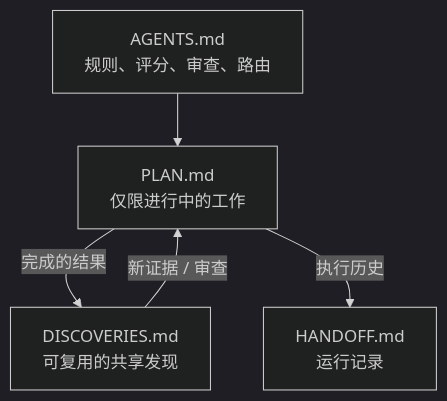
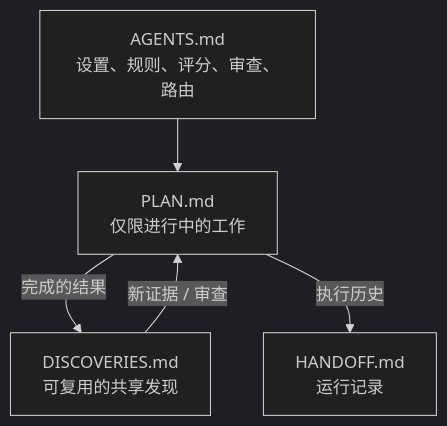
The second of 3 diagrams in README.zh-CN.md (TaeyanG4/research-orchestrator-skill), drawn with Mermaid (dark theme) before and after one commit. The commit also changed other lines of this file and 19 other files, not shown here.

````diff
--- a/README.zh-CN.md
+++ b/README.zh-CN.md
@@ -51,12 +53,12 @@
 ```mermaid
 flowchart TD
-    A[AGENTS.md<br/>规则、评分、审查、路由]
+    A[AGENTS.md<br/>设置、规则、评分、审查、路由]
     P[PLAN.md<br/>仅限进行中的工作]
     D[DISCOVERIES.md<br/>可复用的共享发现]
     H[HANDOFF.md<br/>运行记录]
 
     A --> P
     P -->|完成的结果| D
     P -->|执行历史| H
     D -->|新证据 / 审查| P
 ```
````
